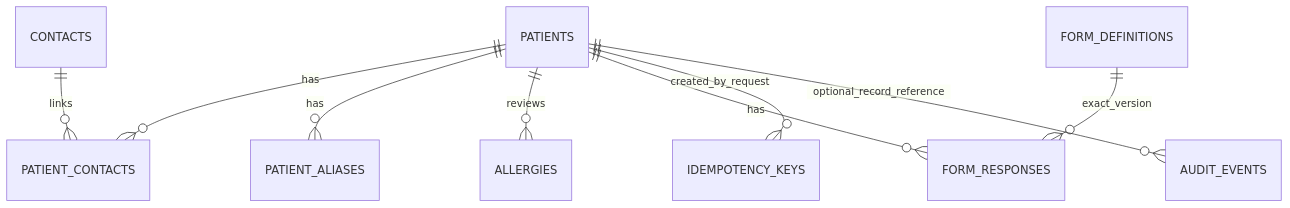
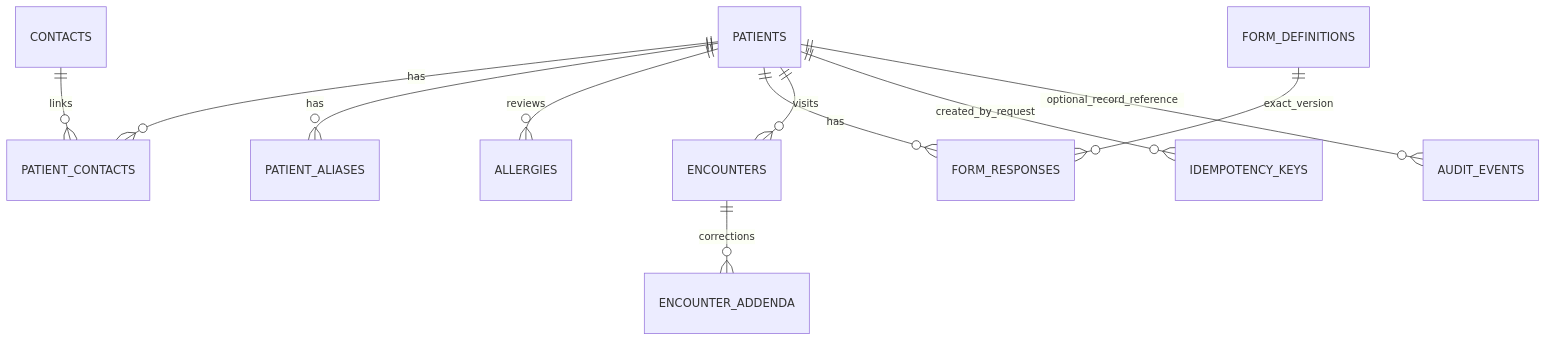
The diagram in docs/data/er-diagram.md (ofasseeh94/ClinicSystem), drawn with Mermaid before and after one commit. The commit also changed other lines of this file and 30 other files, not shown here.

Commit message:
Build Unit 02 encounter notes, signing, addenda and measurements

````diff
--- a/docs/data/er-diagram.md
+++ b/docs/data/er-diagram.md
@@ -3,11 +3,13 @@
 ```mermaid
 erDiagram
   PATIENTS ||--o{ PATIENT_CONTACTS : has
   CONTACTS ||--o{ PATIENT_CONTACTS : links
   PATIENTS ||--o{ PATIENT_ALIASES : has
   PATIENTS ||--o{ ALLERGIES : reviews
   PATIENTS ||--o{ FORM_RESPONSES : has
+  PATIENTS ||--o{ ENCOUNTERS : visits
+  ENCOUNTERS ||--o{ ENCOUNTER_ADDENDA : corrections
   FORM_DEFINITIONS ||--o{ FORM_RESPONSES : exact_version
   PATIENTS ||--o{ IDEMPOTENCY_KEYS : created_by_request
   PATIENTS ||--o{ AUDIT_EVENTS : optional_record_reference
 ```
````
